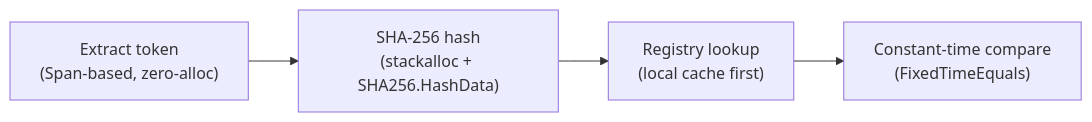
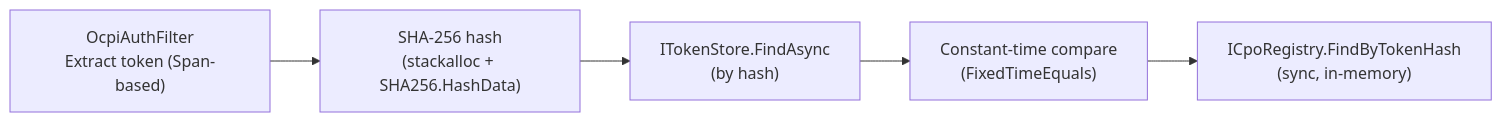
Before and after one commit to hannan-m/DotOcpi: the second of 3 diagrams in docs/performance.md, drawn with Mermaid. The commit also changed other lines of this file, not shown here.

````diff
--- a/docs/performance.md
+++ b/docs/performance.md
@@ -522,9 +478,10 @@
 ```mermaid
 graph LR
-    Extract["Extract token<br/>(Span-based, zero-alloc)"]
+    Extract["OcpiAuthFilter<br/>Extract token (Span-based)"]
     Hash["SHA-256 hash<br/>(stackalloc + SHA256.HashData)"]
-    Lookup["Registry lookup<br/>(local cache first)"]
+    Lookup["ITokenStore.FindAsync<br/>(by hash)"]
     Compare["Constant-time compare<br/>(FixedTimeEquals)"]
+    Registry["ICpoRegistry.FindByTokenHash<br/>(sync, in-memory)"]
 
-    Extract --> Hash --> Lookup --> Compare
+    Extract --> Hash --> Lookup --> Compare --> Registry
 ```
````
